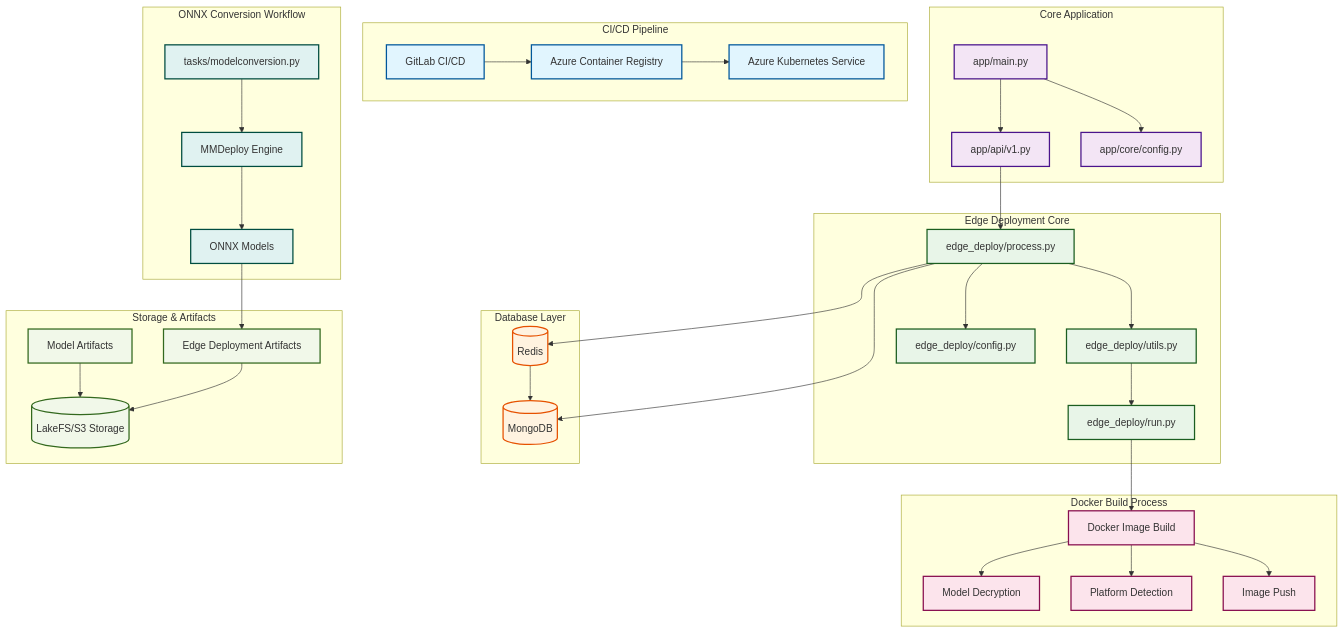
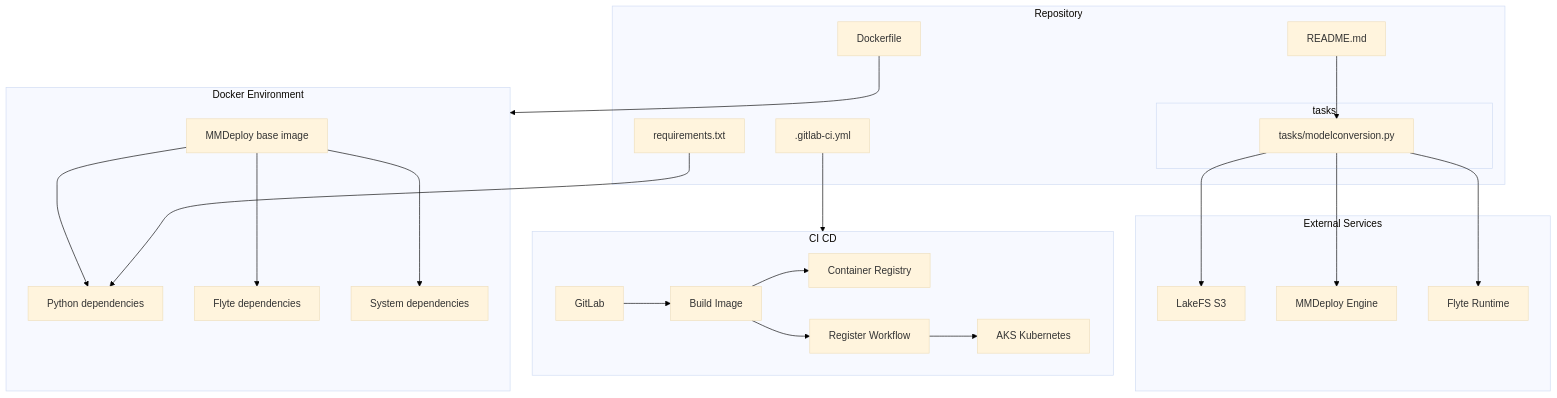
Before and after one commit to haneeshQPI/jetson-codes: the second of 2 diagrams in codebase_visual_map.md, drawn with Mermaid. The commit also changed other lines of this file, not shown here.

Commit message:
Update codebase_visual_map.md with white background

````diff
--- a/codebase_visual_map.md
+++ b/codebase_visual_map.md
@@ -5,94 +25,50 @@
 ```mermaid
+%%{init: {"theme": "base", "themeVariables": {"background": "white"}} }%%
 graph TB
-    subgraph "CI/CD Pipeline"
-        GITLAB[GitLab CI/CD]
-        ACR[Azure Container Registry]
-        AKS[Azure Kubernetes Service]
+  subgraph Repo [Repository]
+    README[README.md]
+    DOCKERFILE[Dockerfile]
+    REQS[requirements.txt]
+    CI[.gitlab-ci.yml]
+    subgraph Tasks [tasks]
+      TASK[tasks/modelconversion.py]
     end
+  end
 
-    subgraph "Core Application"
-        MAIN[app/main.py]
-        API[app/api/v1.py]
-        CONFIG[app/core/config.py]
-    end
+  subgraph DockerEnv [Docker Environment]
+    BASE[MMDeploy base image]
+    PYDEPS[Python dependencies]
+    FLYTEDEPS[Flyte dependencies]
+    SYSDEPS[System dependencies]
+  end
 
-    subgraph "Edge Deployment Core"
-        PROCESS[edge_deploy/process.py]
-        UTILS[edge_deploy/utils.py]
-        CONFIG_EDGE[edge_deploy/config.py]
-        RUN[edge_deploy/run.py]
-    end
+  subgraph CICD [CI CD]
+    GITLAB[GitLab]
+    BUILD[Build Image]
+    REGISTER[Register Workflow]
+    REGISTRY[Container Registry]
+    AKS[AKS Kubernetes]
+  end
 
-    subgraph "Database Layer"
-        MONGODB[(MongoDB)]
-        REDIS[(Redis)]
-    end
+  subgraph External [External Services]
+    LAKEFS[LakeFS S3]
+    MMDEPLOY[MMDeploy Engine]
+    FLYTE[Flyte Runtime]
+  end
 
-    subgraph "Docker Build Process"
-        DOCKER_BUILD[Docker Image Build]
-        MODEL_DECRYPT[Model Decryption]
-        PLATFORM_DETECT[Platform Detection]
-        IMAGE_PUSH[Image Push]
-    end
+  README --> TASK
+  DOCKERFILE --> DockerEnv
+  REQS --> PYDEPS
+  CI --> CICD
 
-    subgraph "ONNX Conversion Workflow"
-        FLYTE_TASK[tasks/modelconversion.py]
-        MM_DEPLOY[MMDeploy Engine]
-        ONNX_OUTPUT[ONNX Models]
-    end
+  BASE --> PYDEPS
+  BASE --> FLYTEDEPS
+  BASE --> SYSDEPS
 
-    subgraph "Storage & Artifacts"
-        LAKEFS_S3[(LakeFS/S3 Storage)]
-        MODEL_ARTIFACTS[Model Artifacts]
-        EDGE_ARTIFACTS[Edge Deployment Artifacts]
-    end
+  GITLAB --> BUILD --> REGISTRY
+  BUILD --> REGISTER --> AKS
 
-    %% CI/CD Flow
-    GITLAB --> ACR
-    ACR --> AKS
-
-    %% Application Flow
-    MAIN --> API
-    MAIN --> CONFIG
-    API --> PROCESS
-
-    %% Edge Deployment Flow
-    PROCESS --> UTILS
-    PROCESS --> CONFIG_EDGE
-    PROCESS --> MONGODB
-    PROCESS --> REDIS
-    UTILS --> RUN
-    RUN --> DOCKER_BUILD
-
-    %% Docker Build Flow
-    DOCKER_BUILD --> MODEL_DECRYPT
-    DOCKER_BUILD --> PLATFORM_DETECT
-    DOCKER_BUILD --> IMAGE_PUSH
-
-    %% ONNX Conversion Flow
-    FLYTE_TASK --> MM_DEPLOY
-    MM_DEPLOY --> ONNX_OUTPUT
-    ONNX_OUTPUT --> EDGE_ARTIFACTS
-
-    %% Storage Flow
-    MODEL_ARTIFACTS --> LAKEFS_S3
-    EDGE_ARTIFACTS --> LAKEFS_S3
-    REDIS --> MONGODB
-
-    %% Styling
-    classDef ciClass fill:#e1f5fe,stroke:#01579b,stroke-width:2px
-    classDef appClass fill:#f3e5f5,stroke:#4a148c,stroke-width:2px
-    classDef edgeClass fill:#e8f5e8,stroke:#1b5e20,stroke-width:2px
-    classDef dbClass fill:#fff3e0,stroke:#e65100,stroke-width:2px
-    classDef dockerClass fill:#fce4ec,stroke:#880e4f,stroke-width:2px
-    classDef workflowClass fill:#e0f2f1,stroke:#004d40,stroke-width:2px
-    classDef storageClass fill:#f1f8e9,stroke:#33691e,stroke-width:2px
-
-    class GITLAB,ACR,AKS ciClass
-    class MAIN,API,CONFIG appClass
-    class PROCESS,UTILS,CONFIG_EDGE,RUN edgeClass
-    class MONGODB,REDIS dbClass
-    class DOCKER_BUILD,MODEL_DECRYPT,PLATFORM_DETECT,IMAGE_PUSH dockerClass
-    class FLYTE_TASK,MM_DEPLOY,ONNX_OUTPUT workflowClass
-    class LAKEFS_S3,MODEL_ARTIFACTS,EDGE_ARTIFACTS storageClass
+  TASK --> FLYTE
+  TASK --> MMDEPLOY
+  TASK --> LAKEFS
 ```
````
